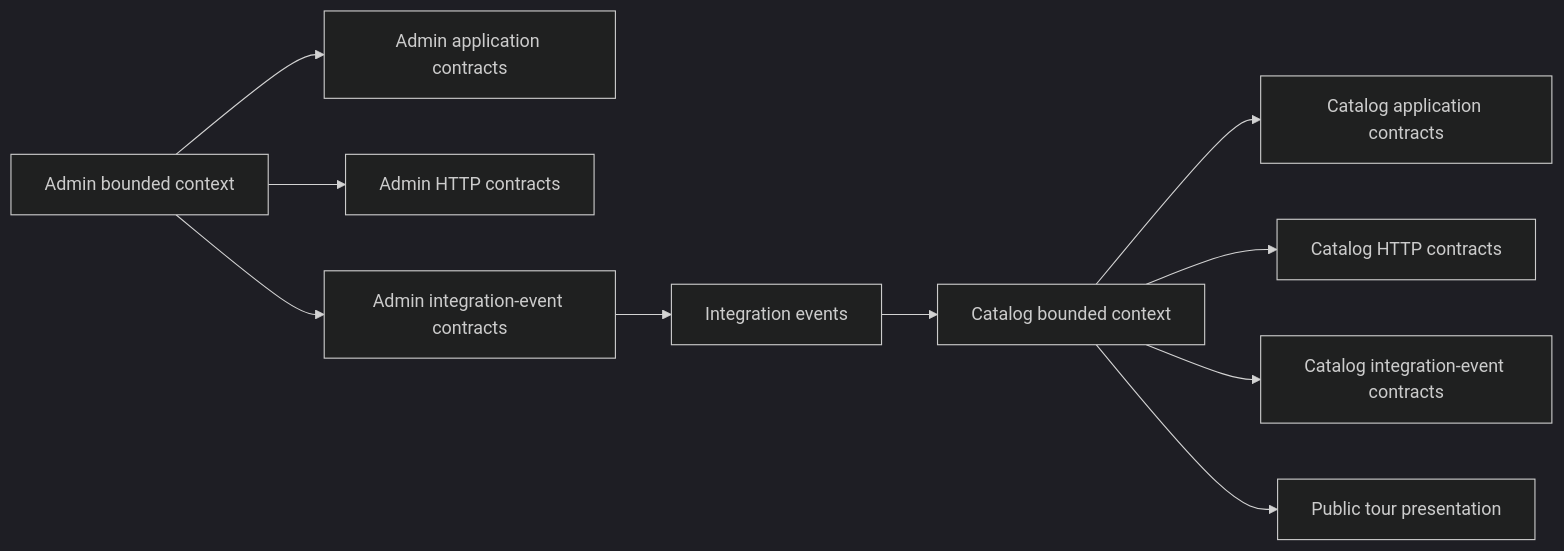
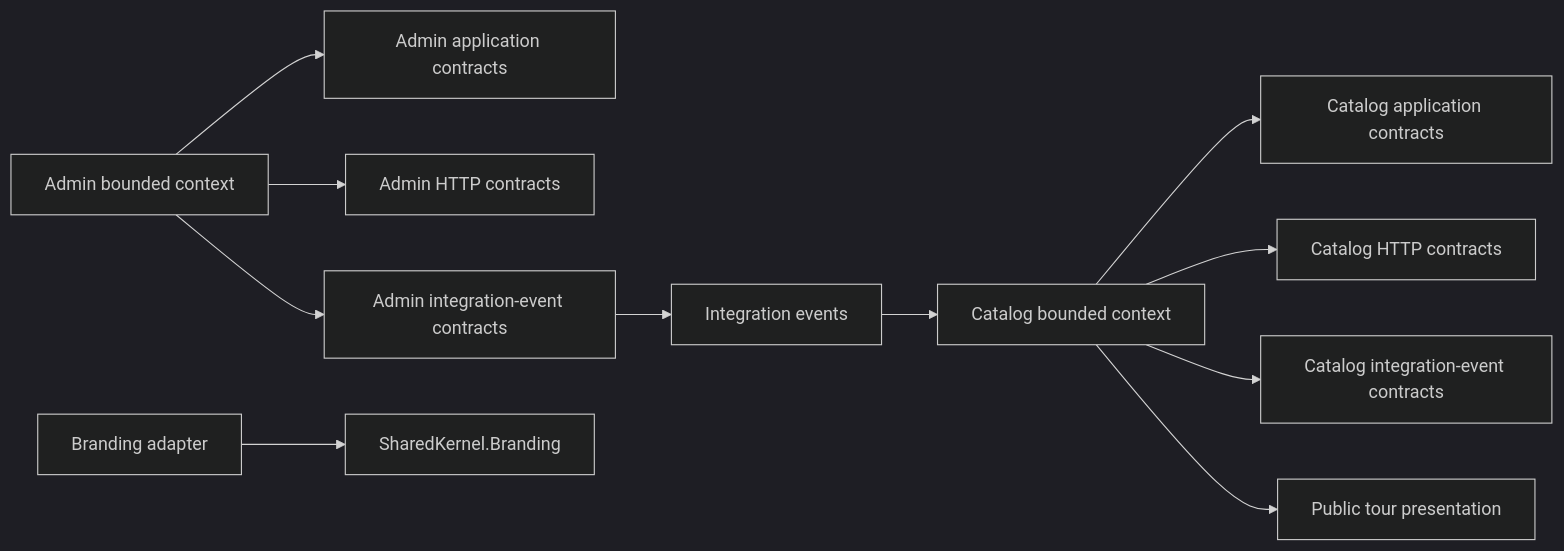
The first of 4 diagrams in docs/architecture/boundaries-and-dependencies.md (danigutsch/ViajantesTurismo), drawn with Mermaid (dark theme) before and after one commit. The commit also changed other lines of this file and 149 other files, not shown here.

````diff
--- a/docs/architecture/boundaries-and-dependencies.md
+++ b/docs/architecture/boundaries-and-dependencies.md
@@ -11,23 +13,26 @@
 ```mermaid
 flowchart LR
     admin[Admin bounded context]
     adminAppContracts[Admin application contracts]
     adminHttpContracts[Admin HTTP contracts]
     adminEventContracts[Admin integration-event contracts]
     integration[Integration events]
     catalog[Catalog bounded context]
     catalogAppContracts[Catalog application contracts]
     catalogHttpContracts[Catalog HTTP contracts]
     catalogEventContracts[Catalog integration-event contracts]
+    branding[Branding adapter]
+    brandingCore[SharedKernel.Branding]
     publicRead[Public tour presentation]
 
     admin --> adminAppContracts
     admin --> adminHttpContracts
     admin --> adminEventContracts
     adminEventContracts --> integration
     integration --> catalog
     catalog --> catalogAppContracts
     catalog --> catalogHttpContracts
     catalog --> catalogEventContracts
     catalog --> publicRead
+    branding --> brandingCore
 ```
````
